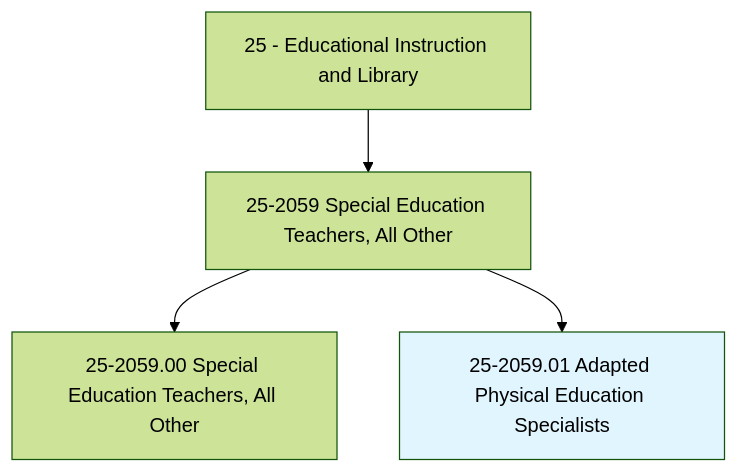
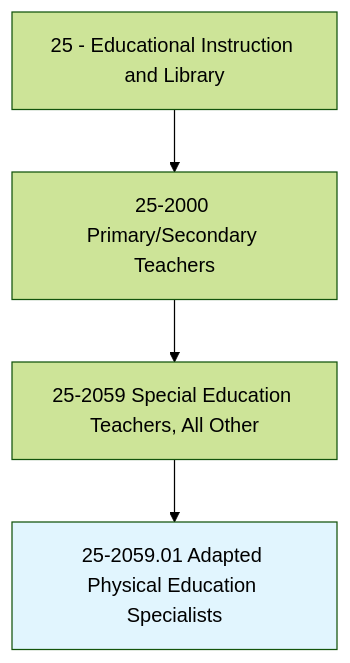
One commit to kziemski/business.org.ai changed the first of 4 diagrams in occupations/Education/AdaptedPhysicalEducationSpecialists.mdx. Above: the diagram before and after it, drawn with Mermaid (forest theme). The commit also changed other lines of this file and 938 other files, not shown here.

````diff
--- a/occupations/Education/AdaptedPhysicalEducationSpecialists.mdx
+++ b/occupations/Education/AdaptedPhysicalEducationSpecialists.mdx
@@ -19,7 +23,7 @@
 ```mermaid
 graph TD
-    Cat25["25 - Educational Instruction and Library"] --> Group252059["25-2059 Special Education Teachers, All Other"]
-    Group252059 --> Base["25-2059.00 Special Education Teachers, All Other"]
+    Cat25["25 - Educational Instruction and Library"] --> Group252["25-2000 Primary/Secondary Teachers"]
+    Group252 --> Group252059["25-2059 Special Education Teachers, All Other"]
     Group252059 --> Current["25-2059.01 Adapted Physical Education Specialists"]
     style Current fill:#e1f5fe
 ```
````
